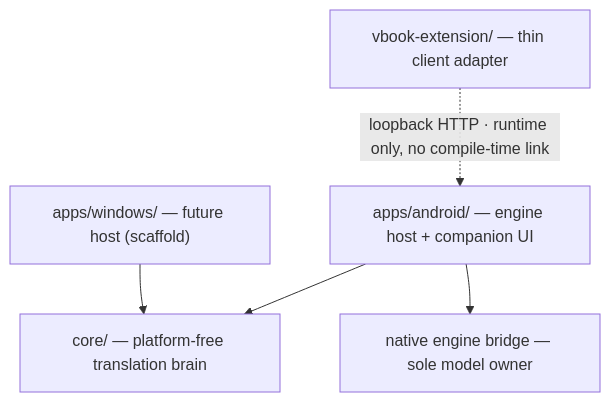
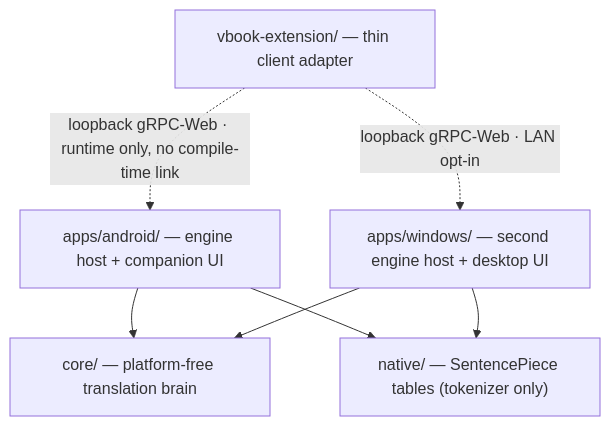
The second of 2 diagrams in ARCHITECTURE.md (dungxnd/VBookMT), drawn with Mermaid before and after one commit. The commit also changed other lines of this file and 134 other files, not shown here.

````diff
--- a/ARCHITECTURE.md
+++ b/ARCHITECTURE.md
@@ -71,13 +87,15 @@
 ```mermaid
 flowchart TD
     EXT["vbook-extension/ — thin client adapter"]
     APP["apps/android/ — engine host + companion UI"]
-    DESK["apps/windows/ — future host (scaffold)"]
+    DESK["apps/windows/ — second engine host + desktop UI"]
     CORE["core/ — platform-free translation brain"]
-    NATIVE["native engine bridge — sole model owner"]
+    NATIVE["native/ — SentencePiece tables (tokenizer only)"]
 
-    EXT -.->|"loopback HTTP · runtime only, no compile-time link"| APP
+    EXT -.->|"loopback gRPC-Web · runtime only, no compile-time link"| APP
+    EXT -.->|"loopback gRPC-Web · LAN opt-in"| DESK
     APP --> CORE
     APP --> NATIVE
     DESK --> CORE
+    DESK --> NATIVE
 ```
````
